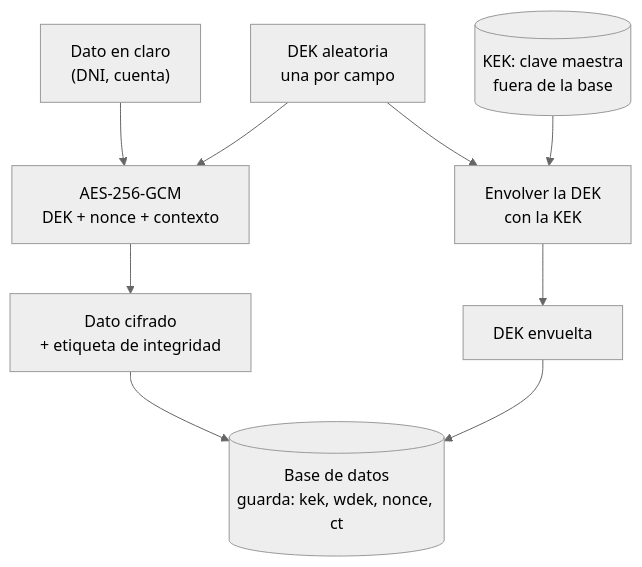
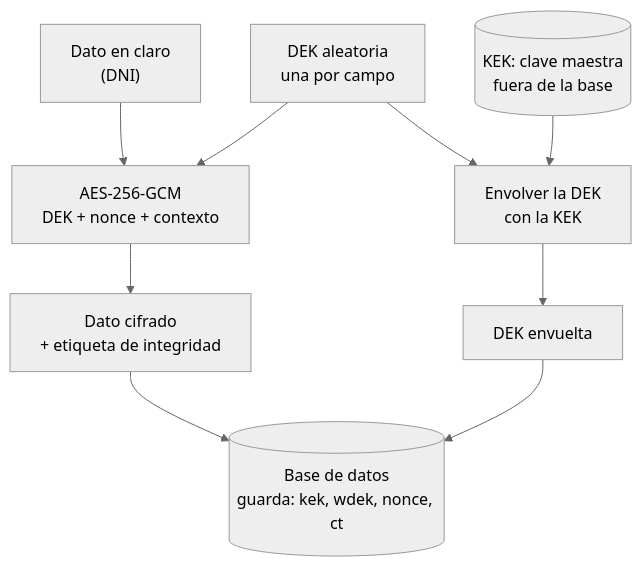
One commit to VSCX10/arqui_1 changed the second of 3 diagrams in 0/0.2/0.2.2/0.2.2.md. Above: the diagram before and after it, drawn with Mermaid (neutral theme). The commit also changed other lines of this file and 107 other files, not shown here.

````diff
--- a/0/0.2/0.2.2/0.2.2.md
+++ b/0/0.2/0.2.2/0.2.2.md
@@ -64,11 +64,11 @@
 ```mermaid
 flowchart TB
-    P["Dato en claro<br/>(DNI, cuenta)"] --> E["AES-256-GCM<br/>DEK + nonce + contexto"]
+    P["Dato en claro<br/>(DNI)"] --> E["AES-256-GCM<br/>DEK + nonce + contexto"]
     G["DEK aleatoria<br/>una por campo"] --> E
     E --> C["Dato cifrado<br/>+ etiqueta de integridad"]
     G --> W["Envolver la DEK<br/>con la KEK"]
     KEK[("KEK: clave maestra<br/>fuera de la base")] --> W
     W --> WD["DEK envuelta"]
     C --> S[("Base de datos<br/>guarda: kek, wdek, nonce, ct")]
     WD --> S
 ```
````
